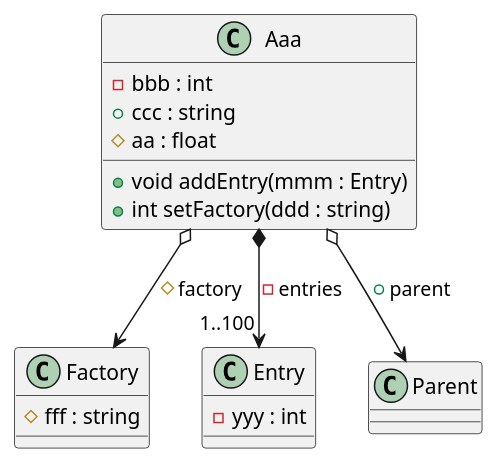
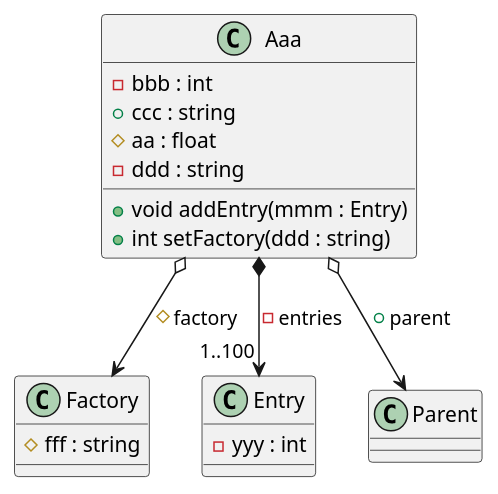
Before and after one commit to E-art-creator/VikingLARP: the diagram in domænemodel.plantuml, drawn with PlantUML.

Commit message:
tilføjet ddd

```diff
--- a/domænemodel.plantuml
+++ b/domænemodel.plantuml
@@ -1,20 +1,21 @@
 @startuml
 class Aaa {
     -bbb : int
     +ccc : string
     #aa : float
+    -ddd : string 
     +void addEntry(mmm : Entry)
     +int setFactory(ddd : string)
 }
 class Factory {
     #fff : string
 }
 class Entry {
     -yyy : int
 }
 class Parent {
 }
 Aaa *--> "1..100" Entry : -entries
 Aaa o--> Factory : #factory
 Aaa o--> Parent : +parent
 @enduml
```
